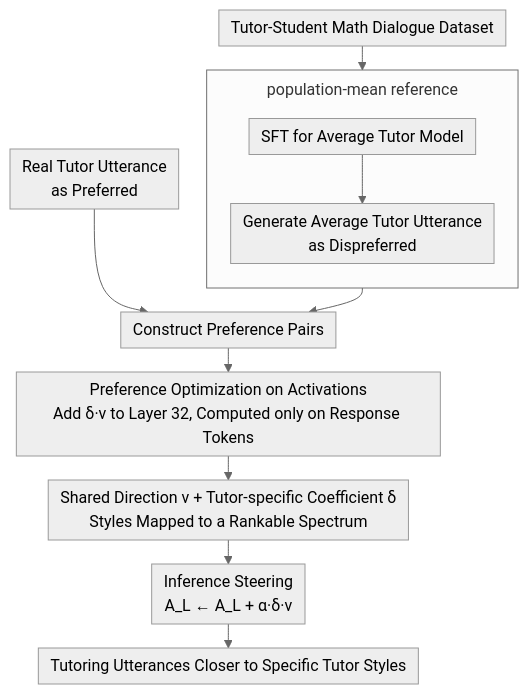
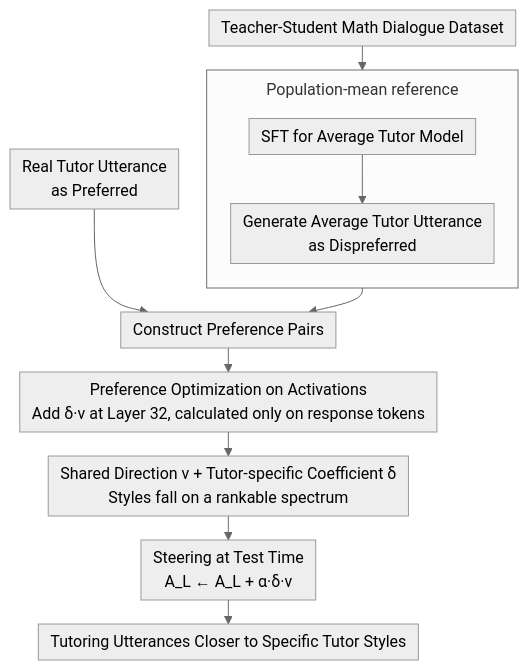
The diagram in docs/ACL2026/interpretability/letting_tutor_personas_speak_up_for_llms_learning_steering_vectors_from_dialogue.md (zhaoyang97/Paper-Notes-en), drawn with Mermaid (neutral theme) before and after one commit. The commit also changed other lines of this file and 5084 other files, not shown here.

````diff
--- a/docs/ACL2026/interpretability/letting_tutor_personas_speak_up_for_llms_learning_steering_vectors_from_dialogue.md
+++ b/docs/ACL2026/interpretability/letting_tutor_personas_speak_up_for_llms_learning_steering_vectors_from_dialogue.md
@@ -49,16 +49,15 @@
 ```mermaid
 %%{init: {'flowchart': {'rankSpacing': 24, 'nodeSpacing': 28, 'padding': 6, 'wrappingWidth': 400, 'subGraphTitleMargin': {'top': 8, 'bottom': 16}}}}%%
 flowchart TD
-    A["Tutor-Student Math Dialogue Dataset"] --> B
-    subgraph REF["population-mean reference"]
+    A["Teacher-Student Math Dialogue Dataset"] --> B
+    subgraph REF["Population-mean reference"]
         direction TB
         B["SFT for Average Tutor Model"] --> C["Generate Average Tutor Utterance<br/>as Dispreferred"]
     end
     D["Real Tutor Utterance<br/>as Preferred"] --> E["Construct Preference Pairs"]
     C --> E
-    E --> F["Preference Optimization on Activations<br/>Add δ·v to Layer 32, Computed only on Response Tokens"]
-    G["Shared Direction v + Tutor-specific Coefficient δ<br/>Styles Mapped to a Rankable Spectrum"]
-    F --> G
-    G --> H["Inference Steering<br/>A_L ← A_L + α·δ·v"]
+    E --> F["Preference Optimization on Activations<br/>Add δ·v at Layer 32, calculated only on response tokens"]
+    F --> G["Shared Direction v + Tutor-specific Coefficient δ<br/>Styles fall on a rankable spectrum"]
+    G --> H["Steering at Test Time<br/>A_L ← A_L + α·δ·v"]
     H --> I["Tutoring Utterances Closer to Specific Tutor Styles"]
 ```
````
